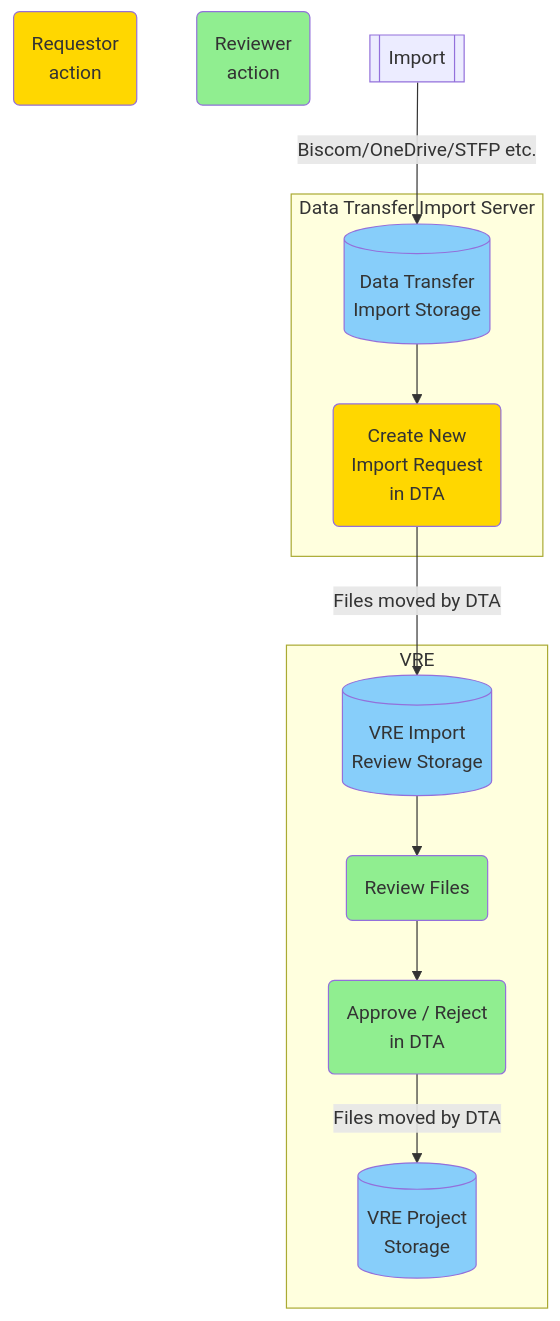
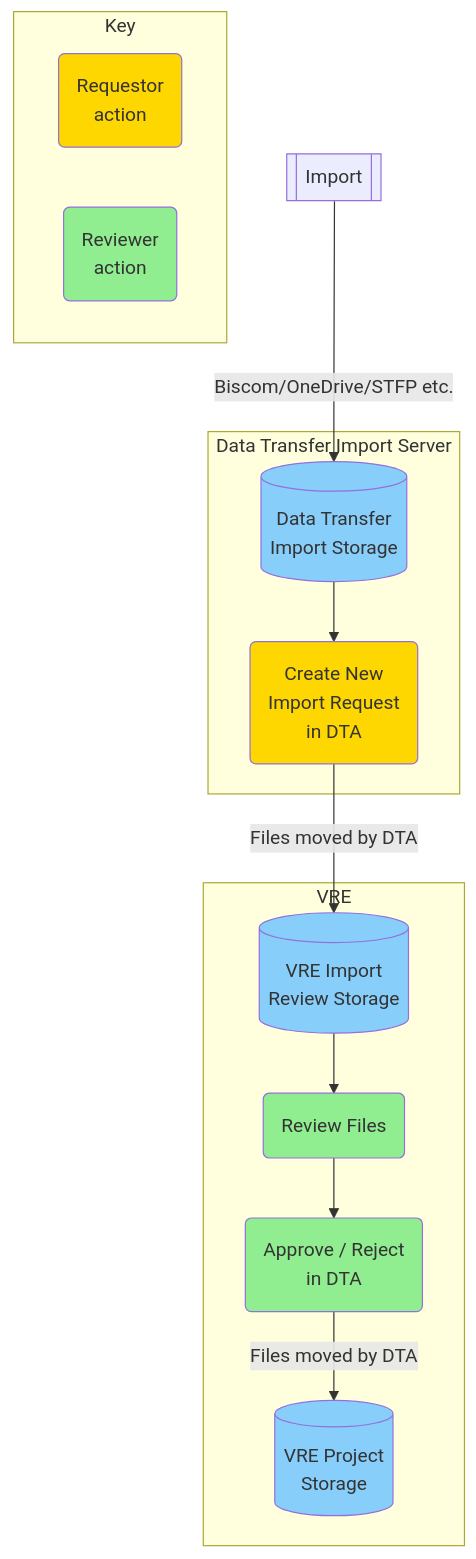
The first of 2 diagrams in docs/laser_how_to/dta/process_flow.md (LIDA-Data-Analytics-Team/laserdocs_test), drawn with Mermaid before and after one commit.

Commit message:
dta process flow, mermaid

```diff
--- a/docs/laser_how_to/dta/process_flow.md
+++ b/docs/laser_how_to/dta/process_flow.md
@@ -22,28 +22,31 @@
 <div class="mermaid">
-graph TB
-	requestor(Requestor<br>action)
-	reviewer(Reviewer<br>action)
-	create_job --> |Files moved by DTA| review_store
-    import[[Import]] --> |Biscom/OneDrive/STFP etc.| import_store
+flowchart TB;
+	subgraph Key;
+        requestor(Requestor<br>action);
+	    reviewer(Reviewer<br>action);
+	end;
+
+    create_job --> |Files moved by DTA| review_store;
+    import[[Import]] --> |Biscom/OneDrive/STFP etc.| import_store;
 	
-    subgraph DTIS [Data Transfer Import Server]
-        import_store[(Data Transfer <br> Import Storage)]
-        import_store --> create_job(Create New <br> Import Request <br> in DTA)
-	end
+    subgraph DTIS [Data Transfer Import Server];
+        import_store[(Data Transfer <br> Import Storage)];
+        import_store --> create_job(Create New <br> Import Request <br> in DTA);
+	end;
 
-	subgraph VRE
-        review_store[(VRE Import <br> Review Storage)]
-        review_store --> review(Review Files) 
-        review --> approve_reject(Approve / Reject <br> in DTA)
-        approve_reject --> |Files moved by DTA| project_store[(VRE Project <br> Storage)]
-	end
+	subgraph VRE;
+        review_store[(VRE Import <br> Review Storage)];
+        review_store --> review(Review Files);
+        review --> approve_reject(Approve / Reject <br> in DTA);
+        approve_reject --> |Files moved by DTA| project_store[(VRE Project <br> Storage)];
+	end;
 
-	style requestor fill:Gold
-	style reviewer fill:lightgreen
-	style import_store fill:LightSkyBlue 
-	style review_store fill:LightSkyBlue 
-	style project_store fill:LightSkyBlue
-	style create_job fill:Gold
-	style review fill:lightgreen
-	style approve_reject fill:lightgreen
+	style requestor fill:Gold;
+	style reviewer fill:lightgreen;
+	style import_store fill:LightSkyBlue;
+	style review_store fill:LightSkyBlue;
+	style project_store fill:LightSkyBlue;
+	style create_job fill:Gold;
+	style review fill:lightgreen;
+	style approve_reject fill:lightgreen;
 </div>
```
